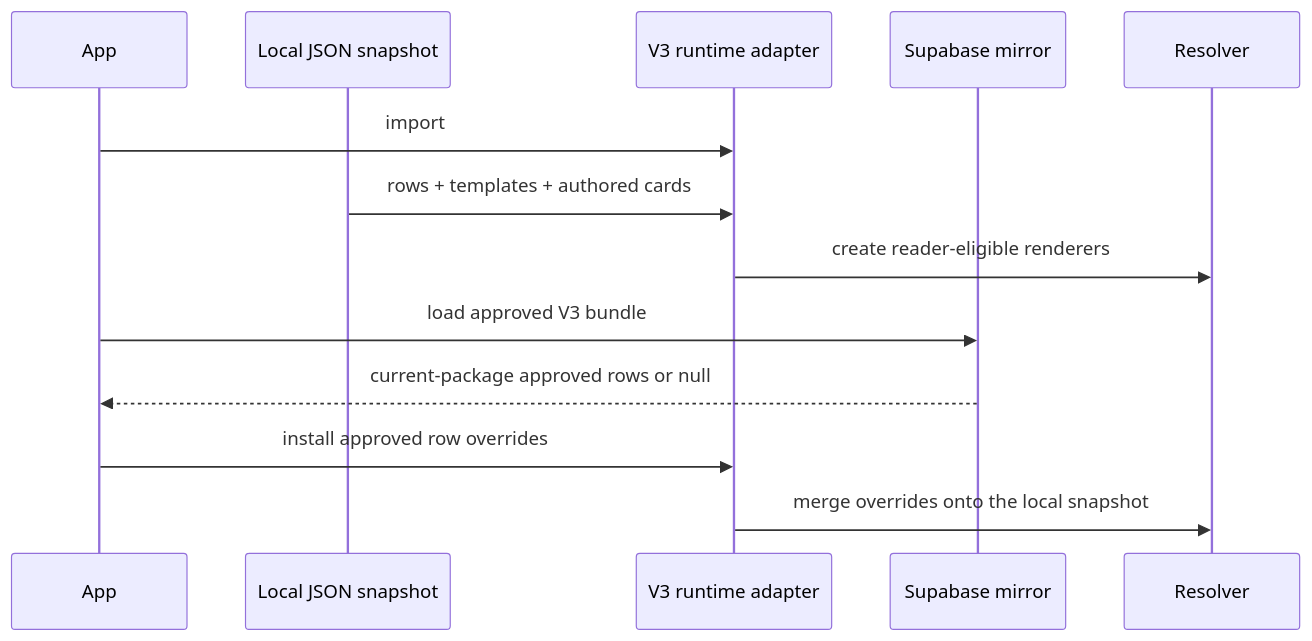
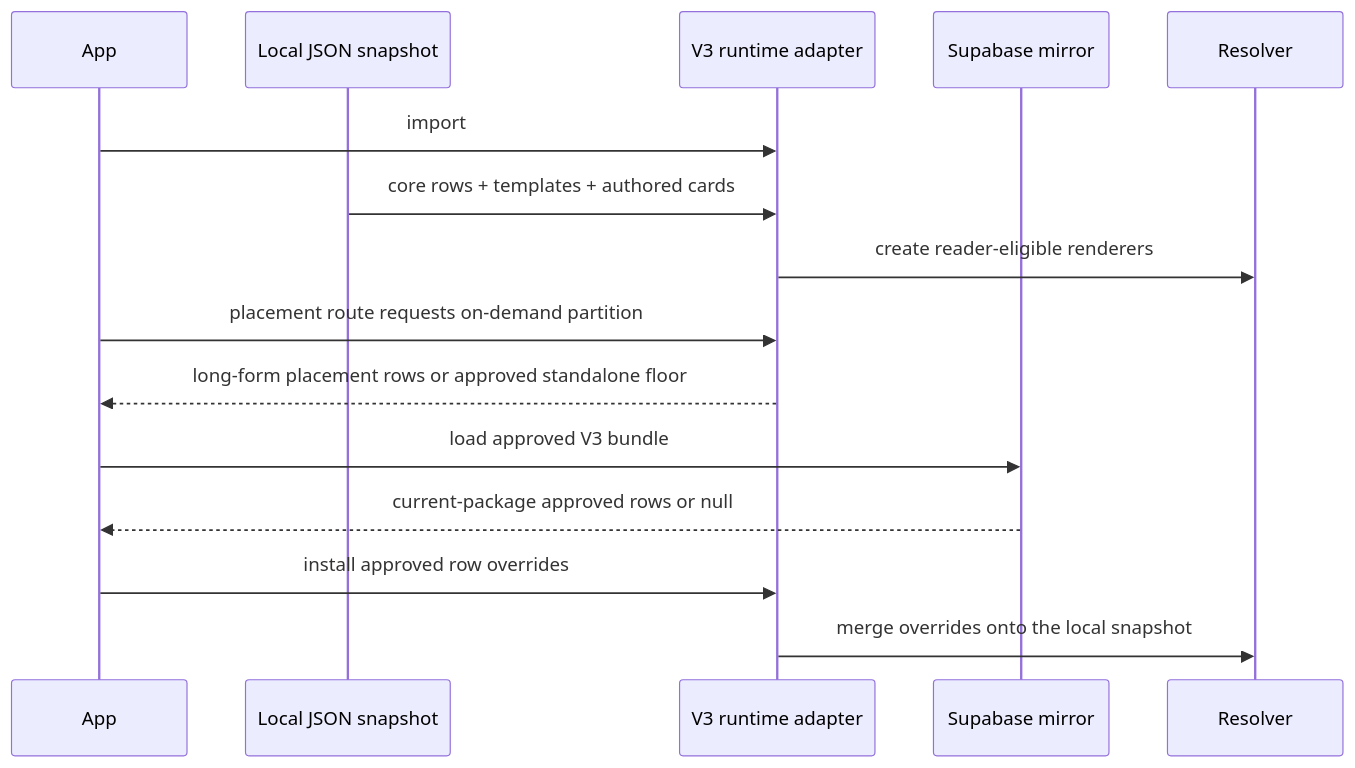
One commit to usrnmtkn/astrology-portal changed the second of 3 diagrams in docs/content-management/ARCHITECTURE.md. Above: the diagram before and after it, drawn with Mermaid. The commit also changed other lines of this file and 5 other files, not shown here.

Commit message:
Document Sky Placement partition contracts

````diff
--- a/docs/content-management/ARCHITECTURE.md
+++ b/docs/content-management/ARCHITECTURE.md
@@ -288,16 +292,18 @@
 ```mermaid
 sequenceDiagram
   participant App
   participant Snapshot as Local JSON snapshot
   participant Runtime as V3 runtime adapter
   participant Dashboard as Supabase mirror
   participant Resolver
 
   App->>Runtime: import
-  Snapshot->>Runtime: rows + templates + authored cards
+  Snapshot->>Runtime: core rows + templates + authored cards
   Runtime->>Resolver: create reader-eligible renderers
+  App->>Runtime: placement route requests on-demand partition
+  Runtime-->>App: long-form placement rows or approved standalone floor
   App->>Dashboard: load approved V3 bundle
   Dashboard-->>App: current-package approved rows or null
   App->>Runtime: install approved row overrides
   Runtime->>Resolver: merge overrides onto the local snapshot
 ```
````
